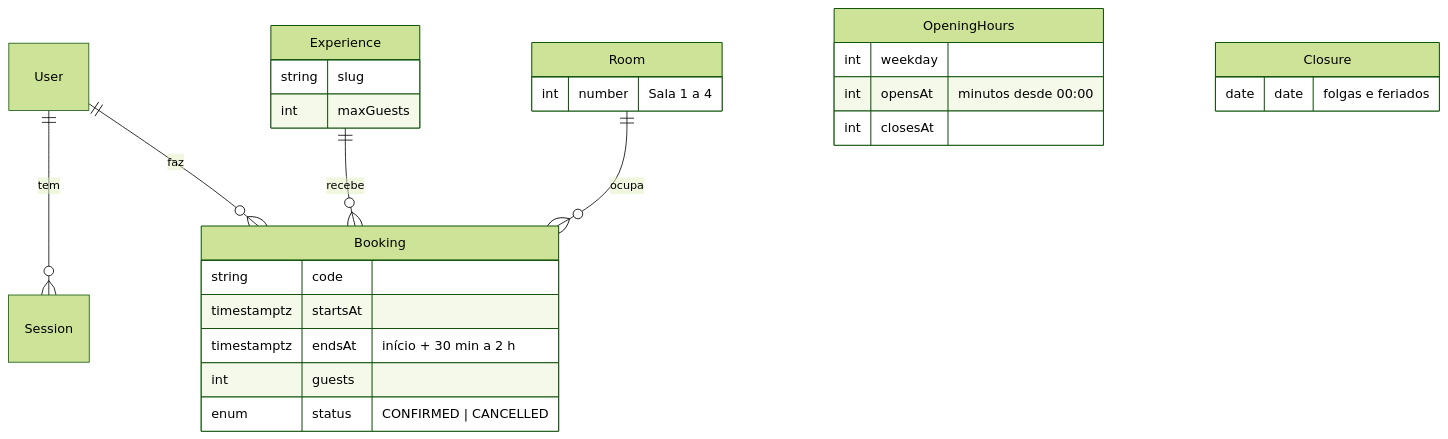
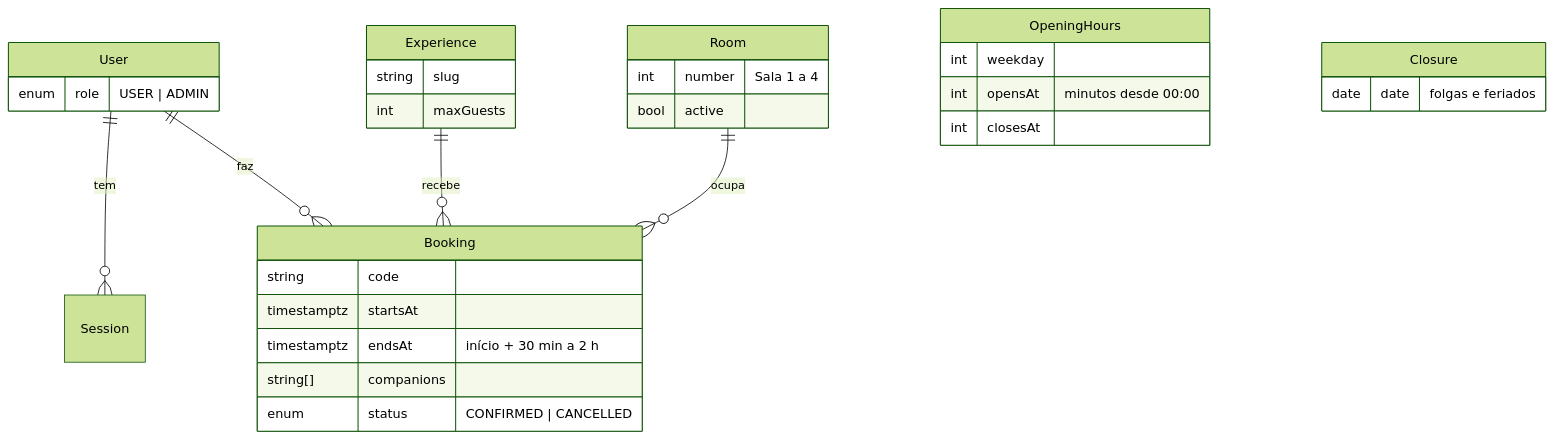
The third of 3 diagrams in README.md (VryDeveloper/salao-jade), drawn with Mermaid (forest theme) before and after one commit. The commit also changed other lines of this file and 2 other files, not shown here.

````diff
--- a/README.md
+++ b/README.md
@@ -120,29 +157,33 @@
 ```mermaid
 erDiagram
     User ||--o{ Session : tem
     User ||--o{ Booking : faz
     Experience ||--o{ Booking : recebe
     Room ||--o{ Booking : ocupa
+    User {
+        enum role "USER | ADMIN"
+    }
     Experience {
         string slug
         int maxGuests
     }
     Room {
         int number "Sala 1 a 4"
+        bool active
     }
     Booking {
         string code
         timestamptz startsAt
         timestamptz endsAt "início + 30 min a 2 h"
-        int guests
+        string[] companions
         enum status "CONFIRMED | CANCELLED"
     }
     OpeningHours {
         int weekday
         int opensAt "minutos desde 00:00"
         int closesAt
     }
     Closure {
         date date "folgas e feriados"
     }
 ```
````
